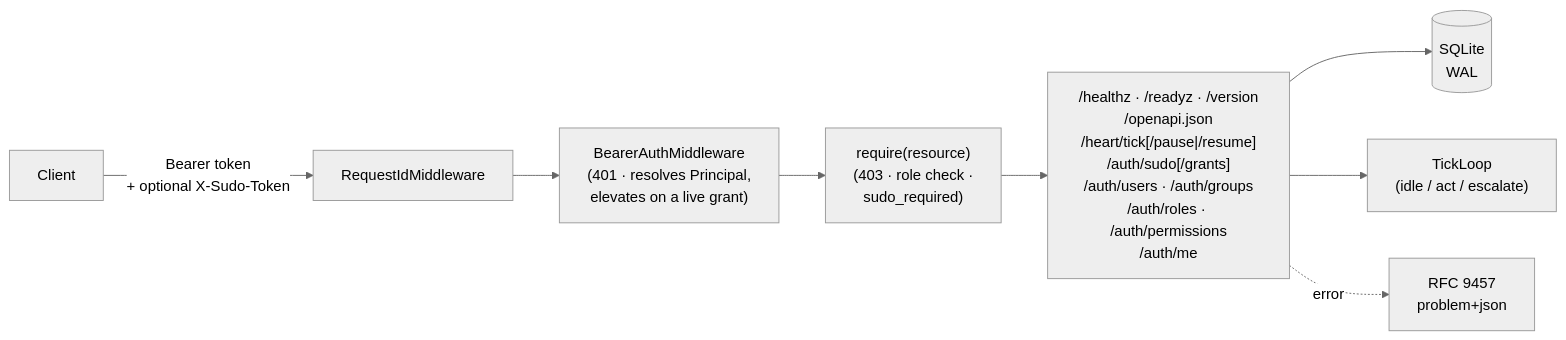
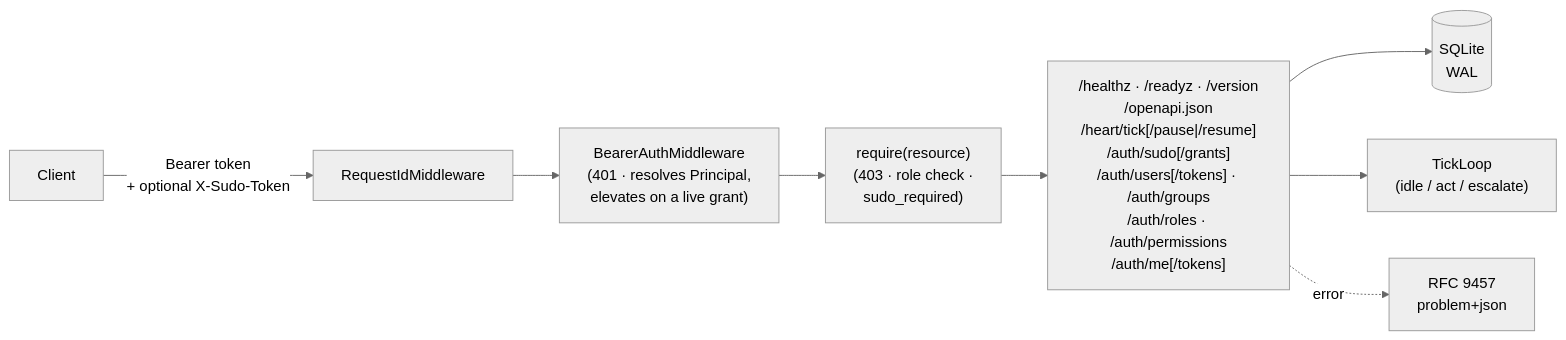
One commit to giacchetta/ansina changed the diagram in README.md. Above: the diagram before and after it, drawn with Mermaid (neutral theme). The commit also changed other lines of this file and 34 other files, not shown here.

````diff
--- a/README.md
+++ b/README.md
@@ -9,10 +9,10 @@
 ```mermaid
 flowchart LR
     Client["Client"] -->|Bearer token<br/>+ optional X-Sudo-Token| MW["RequestIdMiddleware"]
     MW --> Auth["BearerAuthMiddleware<br/>(401 · resolves Principal,<br/>elevates on a live grant)"]
     Auth --> Authz["require(resource)<br/>(403 · role check ·<br/>sudo_required)"]
-    Authz --> Routes["/healthz · /readyz · /version<br/>/openapi.json<br/>/heart/tick[/pause|/resume]<br/>/auth/sudo[/grants]<br/>/auth/users · /auth/groups<br/>/auth/roles · /auth/permissions<br/>/auth/me"]
+    Authz --> Routes["/healthz · /readyz · /version<br/>/openapi.json<br/>/heart/tick[/pause|/resume]<br/>/auth/sudo[/grants]<br/>/auth/users[/tokens] · /auth/groups<br/>/auth/roles · /auth/permissions<br/>/auth/me[/tokens]"]
     Routes --> DB[("SQLite<br/>WAL")]
     Routes --> Tick["TickLoop<br/>(idle / act / escalate)"]
     Routes -.error.-> Problem["RFC 9457<br/>problem+json"]
 ```
````
